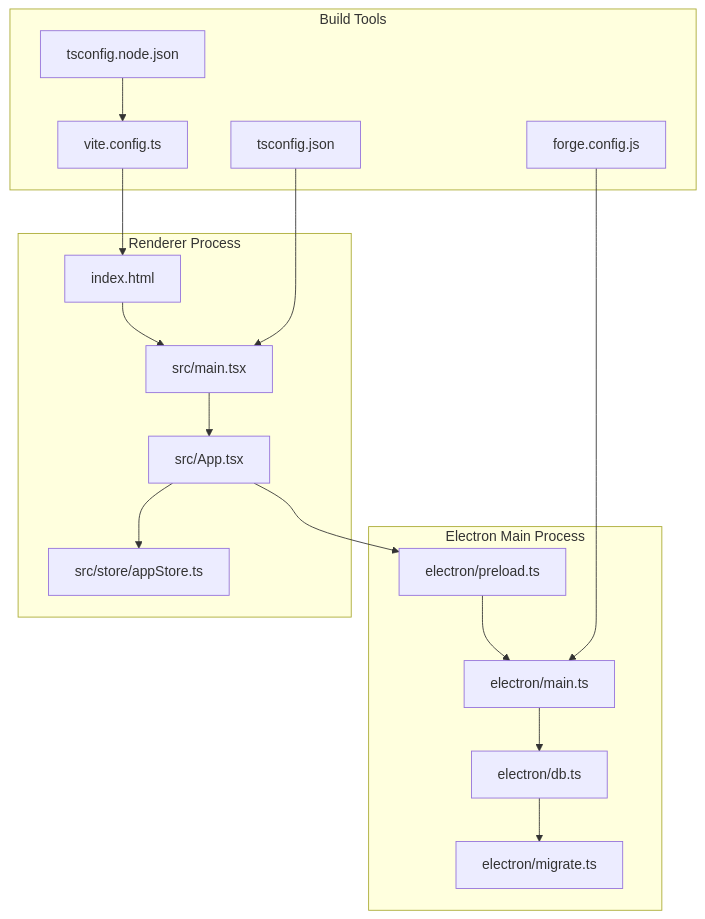
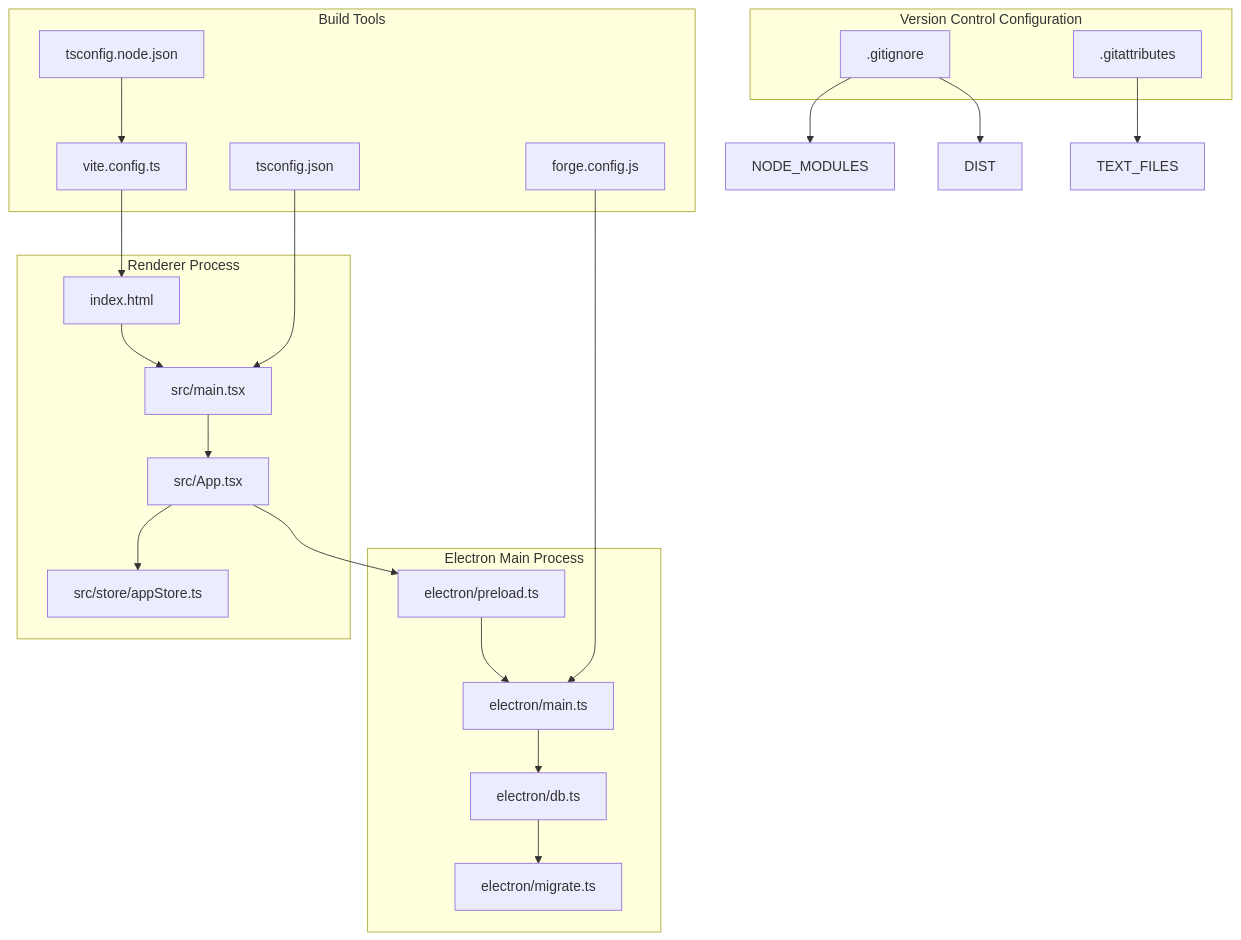
One commit to jimmywyk/lyricdeck changed the diagram in .qoder/repowiki/en/content/Getting Started.md. Above: the diagram before and after it, drawn with Mermaid. The commit also changed other lines of this file and 9 other files, not shown here.

````diff
--- a/.qoder/repowiki/en/content/Getting Started.md
+++ b/.qoder/repowiki/en/content/Getting Started.md
@@ -136,32 +185,39 @@
 ```mermaid
 graph TB
+subgraph "Version Control Configuration"
+GI[".gitignore"]
+GA[".gitattributes"]
+end
 subgraph "Electron Main Process"
 EM["electron/main.ts"]
 EP["electron/preload.ts"]
 EDB["electron/db.ts"]
 EMIG["electron/migrate.ts"]
 end
 subgraph "Renderer Process"
 HTML["index.html"]
 APP["src/App.tsx"]
 MAIN["src/main.tsx"]
 STORE["src/store/appStore.ts"]
 end
 subgraph "Build Tools"
 VITE["vite.config.ts"]
 TS["tsconfig.json"]
 TSN["tsconfig.node.json"]
 FW["forge.config.js"]
 end
 HTML --> MAIN
 MAIN --> APP
 APP --> STORE
 APP --> EP
 EP --> EM
 EM --> EDB
 EDB --> EMIG
 VITE --> HTML
 TS --> MAIN
 TSN --> VITE
 FW --> EM
+GI --> NODE_MODULES
+GI --> DIST
+GA --> TEXT_FILES
 ```
````
